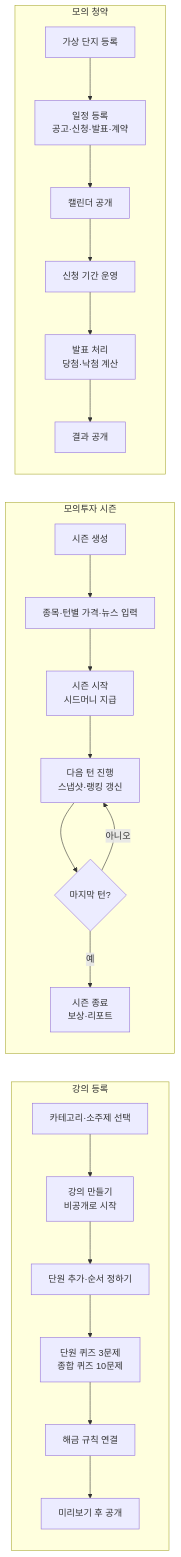
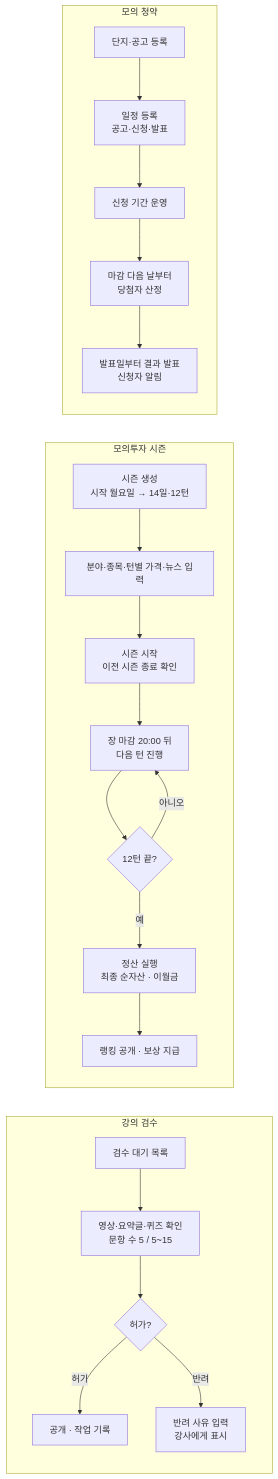
Before and after one commit to bukkeu/my-home-finish: diagram 13 of 13 in docs/MoneyBeetle_업무분석.md, drawn with Mermaid. The commit also changed other lines of this file, not shown here.

````diff
--- a/docs/MoneyBeetle_업무분석.md
+++ b/docs/MoneyBeetle_업무분석.md
@@ -758,17 +761,20 @@
 ```mermaid
 flowchart LR
-    subgraph COURSE["강의 등록"]
+    subgraph COURSE["강의 검수"]
         direction TB
-        k1[카테고리·소주제 선택] --> k2[강의 만들기<br/>비공개로 시작] --> k3[단원 추가·순서 정하기] --> k4[단원 퀴즈 3문제<br/>종합 퀴즈 10문제] --> k5[해금 규칙 연결] --> k6[미리보기 후 공개]
+        k1[검수 대기 목록] --> k2[영상·요약글·퀴즈 확인<br/>문항 수 5 / 5~15] --> k3{허가?}
+        k3 -- 허가 --> k4[공개 · 작업 기록]
+        k3 -- 반려 --> k5[반려 사유 입력<br/>강사에게 표시]
     end
     subgraph SEASON["모의투자 시즌"]
         direction TB
-        s1[시즌 생성] --> s2[종목·턴별 가격·뉴스 입력] --> s3[시즌 시작<br/>시드머니 지급] --> s4[다음 턴 진행<br/>스냅샷·랭킹 갱신] --> s5{마지막 턴?}
+        s1[시즌 생성<br/>시작 월요일 → 14일·12턴] --> s2[분야·종목·턴별 가격·뉴스 입력] --> s3[시즌 시작<br/>이전 시즌 종료 확인]
+        s3 --> s4[장 마감 20:00 뒤<br/>다음 턴 진행] --> s5{12턴 끝?}
         s5 -- 아니오 --> s4
-        s5 -- 예 --> s6[시즌 종료<br/>보상·리포트]
+        s5 -- 예 --> s6[정산 실행<br/>최종 순자산 · 이월금] --> s7[랭킹 공개 · 보상 지급]
     end
     subgraph SUB["모의 청약"]
         direction TB
-        j1[가상 단지 등록] --> j2[일정 등록<br/>공고·신청·발표·계약] --> j3[캘린더 공개] --> j4[신청 기간 운영] --> j5[발표 처리<br/>당첨·낙첨 계산] --> j6[결과 공개]
+        j1[단지·공고 등록] --> j2[일정 등록<br/>공고·신청·발표] --> j3[신청 기간 운영] --> j4[마감 다음 날부터<br/>당첨자 산정] --> j5[발표일부터 결과 발표<br/>신청자 알림]
     end
 ```
````
